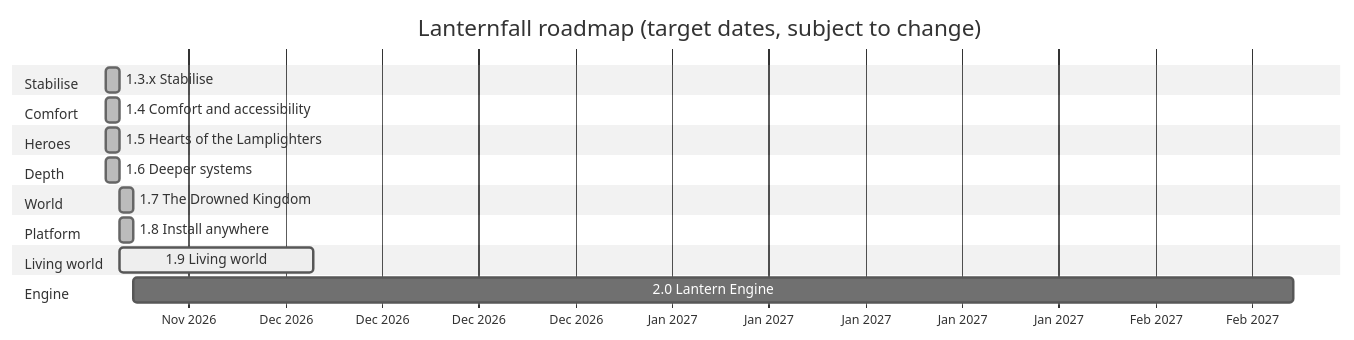
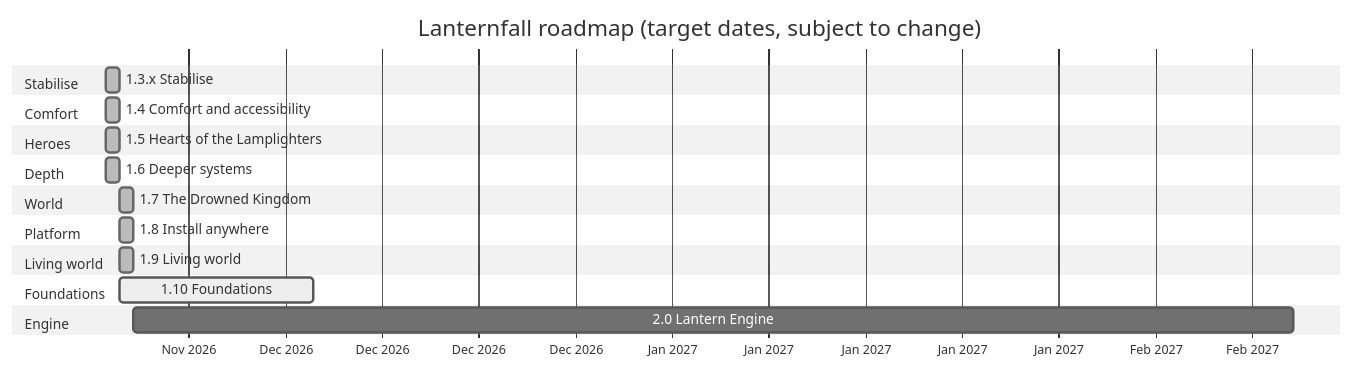
The third of 11 diagrams in ROADMAP.md (CptNope/Laternfall), drawn with Mermaid (neutral theme) before and after one commit. The commit also changed other lines of this file and 51 other files, not shown here.

````diff
--- a/ROADMAP.md
+++ b/ROADMAP.md
@@ -99,22 +99,24 @@
 ```mermaid
 gantt
     title Lanternfall roadmap (target dates, subject to change)
     dateFormat YYYY-MM-DD
     axisFormat %b %Y
     section Stabilise
     1.3.x Stabilise                  :done, m13, 2026-11-23, 1d
     section Comfort
     1.4 Comfort and accessibility    :done, m14, 2026-11-23, 1d
     section Heroes
     1.5 Hearts of the Lamplighters   :done, m15, 2026-11-23, 1d
     section Depth
     1.6 Deeper systems               :done, m16, 2026-11-23, 1d
     section World
     1.7 The Drowned Kingdom          :done, m17, 2026-11-24, 1d
     section Platform
     1.8 Install anywhere             :done, m18, 2026-11-24, 1d
     section Living world
-    1.9 Living world                 :active, m19, 2026-11-24, 2w
+    1.9 Living world                 :done, m19, 2026-11-24, 1d
+    section Foundations
+    1.10 Foundations                 :active, m110, 2026-11-24, 2w
     section Engine
     2.0 Lantern Engine               :m20, after m17, 12w
 ```
````
